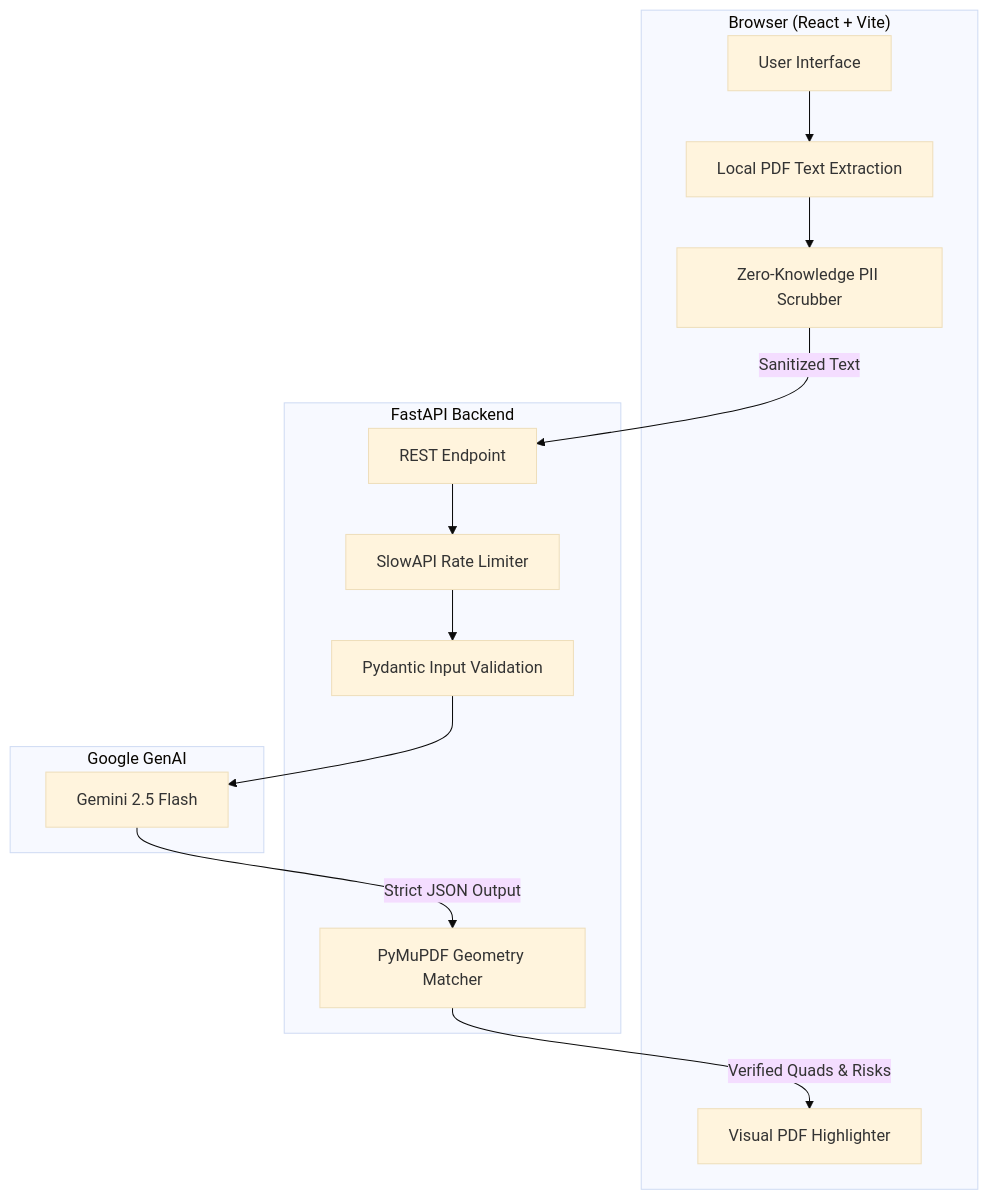
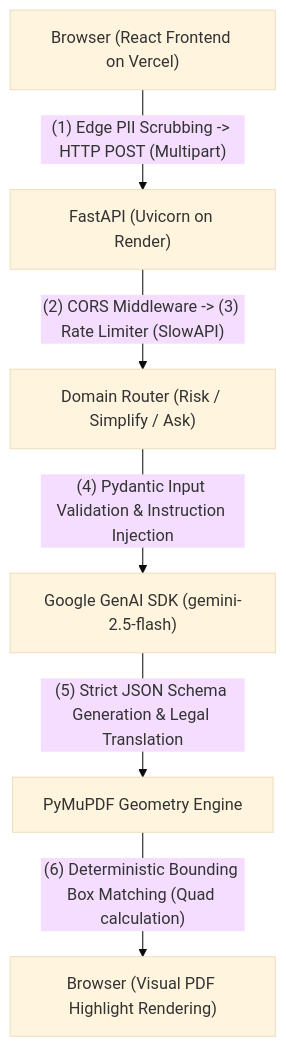
The diagram in README.md (kartikjoshi7/LegalEase-AI), drawn with Mermaid (base theme) before and after one commit. The commit also changed other lines of this file, not shown here.

Commit message:
docs: finalize readme with comprehensive architecture

````diff
--- a/README.md
+++ b/README.md
@@ -57,23 +52,15 @@
 ```mermaid
 flowchart TD
-  subgraph Client ["Browser (React + Vite)"]
-    UI[User Interface] --> Extract[Local PDF Text Extraction]
-    Extract --> Scrub[Zero-Knowledge PII Scrubber]
-    GeoUI[Visual PDF Highlighter]
-  end
+  Client["Browser (React Frontend on Vercel)"]
+  API["FastAPI (Uvicorn on Render)"]
+  Router["Domain Router (Risk / Simplify / Ask)"]
+  AI["Google GenAI SDK (gemini-2.5-flash)"]
+  Geo["PyMuPDF Geometry Engine"]
+  Render["Browser (Visual PDF Highlight Rendering)"]
 
-  subgraph Cloud ["FastAPI Backend"]
-    API[REST Endpoint] --> Limiter[SlowAPI Rate Limiter]
-    Limiter --> Validate[Pydantic Input Validation]
-    Geo[PyMuPDF Geometry Matcher]
-  end
-
-  subgraph AI ["Google GenAI"]
-    Gemini[Gemini 2.5 Flash]
-  end
-
-  Scrub -- "Sanitized Text" --> API
-  Validate --> Gemini
-  Gemini -- "Strict JSON Output" --> Geo
-  Geo -- "Verified Quads & Risks" --> GeoUI
+  Client -- "(1) Edge PII Scrubbing -> HTTP POST (Multipart)" --> API
+  API -- "(2) CORS Middleware -> (3) Rate Limiter (SlowAPI)" --> Router
+  Router -- "(4) Pydantic Input Validation & Instruction Injection" --> AI
+  AI -- "(5) Strict JSON Schema Generation & Legal Translation" --> Geo
+  Geo -- "(6) Deterministic Bounding Box Matching (Quad calculation)" --> Render
 ```
````
